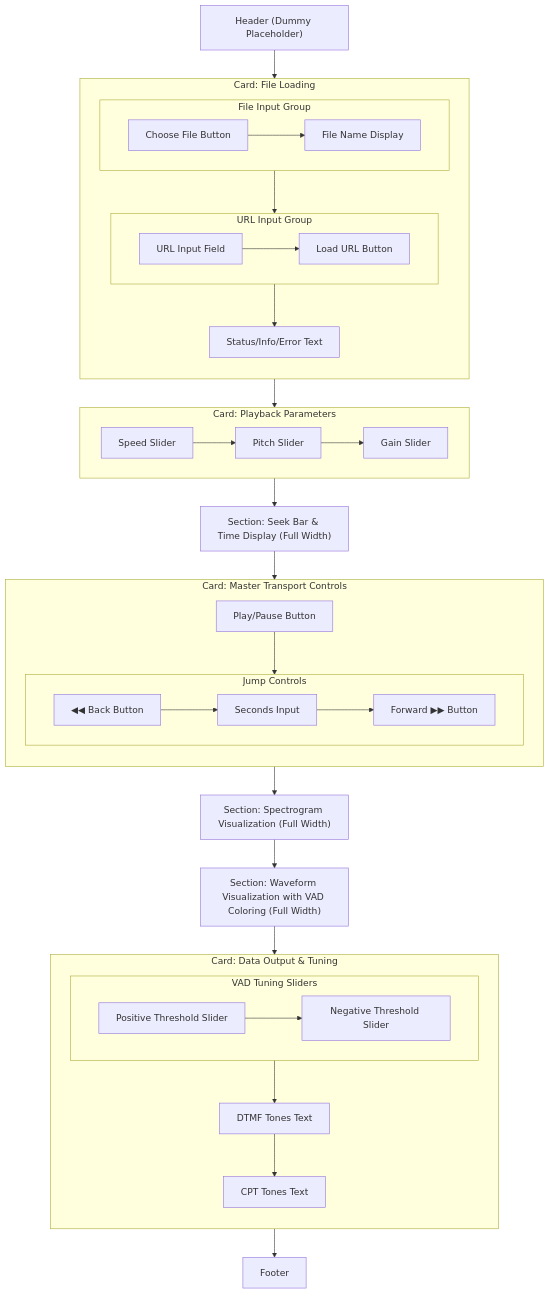
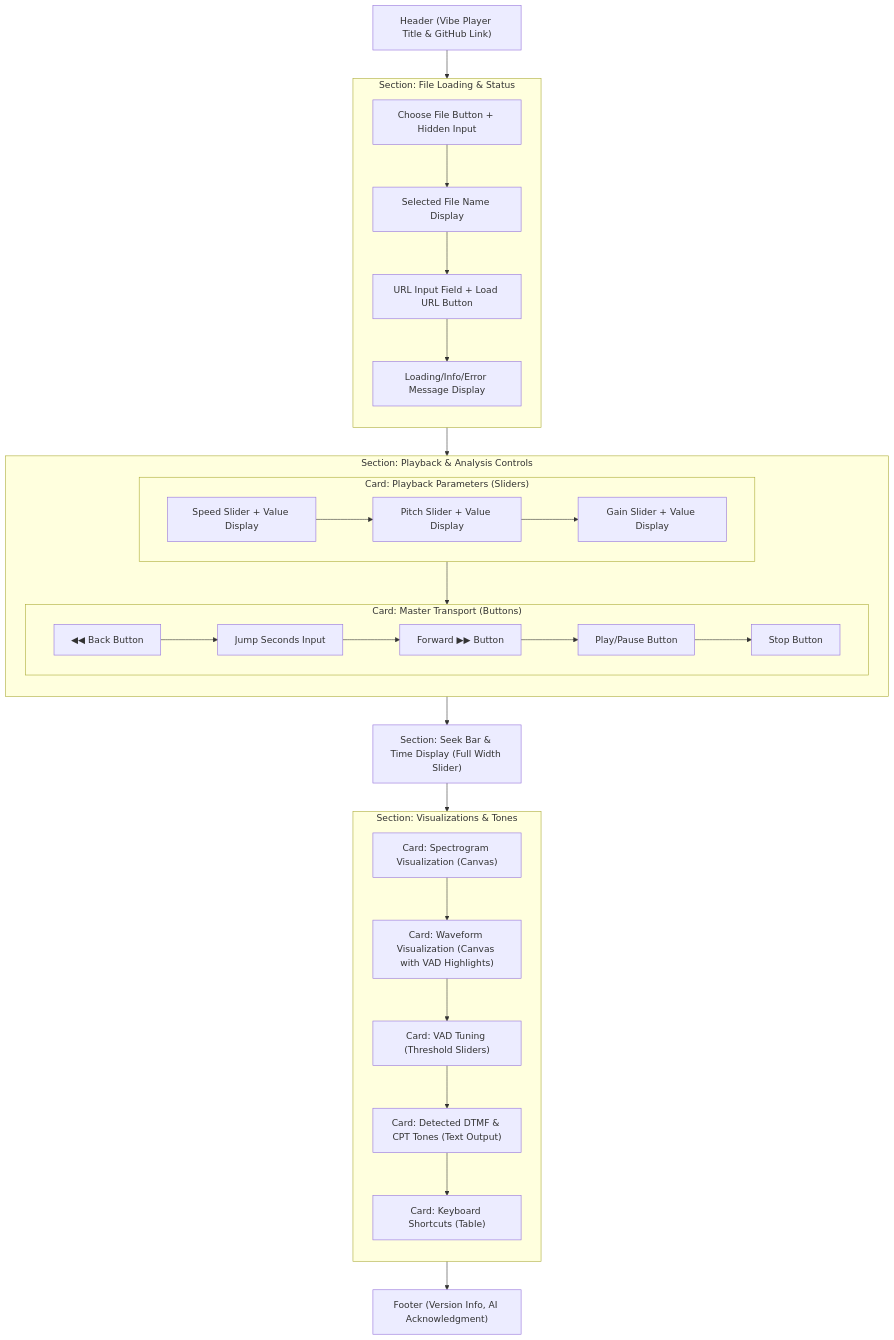
Before and after one commit to averykhoo/vibe-player-v3: the diagram in REFACTOR_PLAN.md, drawn with Mermaid. The commit also changed other lines of this file, not shown here.

````diff
--- a/REFACTOR_PLAN.md
+++ b/REFACTOR_PLAN.md
@@ -900,70 +443,59 @@
 ```mermaid
 graph TD
     %% Define all nodes and subgraphs first
 
-    H["Header (Dummy Placeholder)"]
+    H["Header (Vibe Player Title & GitHub Link)"]
 
-    subgraph FL ["Card: File Loading"]
+    subgraph FL ["Section: File Loading & Status"]
         direction TB
-        subgraph FL_L1 [File Input Group]
-            direction LR
-            FL_B1["Choose File Button"] --> FL_S1["File Name Display"]
-        end
-        subgraph FL_L2 [URL Input Group]
-            direction LR
-            FL_I1["URL Input Field"] --> FL_B2["Load URL Button"]
-        end
-        FL_P1["Status/Info/Error Text"]
-        
-        FL_L1 --> FL_L2 --> FL_P1
+        FL_L1["Choose File Button + Hidden Input"]
+        FL_S1["Selected File Name Display"]
+        FL_L2["URL Input Field + Load URL Button"]
+        FL_P1["Loading/Info/Error Message Display"]
+
+        FL_L1 --> FL_S1 --> FL_L2 --> FL_P1
     end
 
-    subgraph PP [Card: Playback Parameters]
-        direction LR
-        PP1["Speed Slider"]
-        PP2["Pitch Slider"]
-        PP3["Gain Slider"]
-
-        PP1 --> PP2 --> PP3
-    end
-    
-    SB["Section: Seek Bar & Time Display (Full Width)"]
-
-    subgraph MC ["Card: Master Transport Controls"]
+    subgraph CTRLS ["Section: Playback & Analysis Controls"]
         direction TB
-        MC_B1["Play/Pause Button"]
-        subgraph JC [Jump Controls]
+        subgraph PB_P ["Card: Playback Parameters (Sliders)"]
             direction LR
-            JC_B1["◀◀ Back Button"] --> JC_I1["Seconds Input"] --> JC_B2["Forward ▶▶ Button"]
+            PB_P1["Speed Slider + Value Display"]
+            PB_P2["Pitch Slider + Value Display"]
+            PB_P3["Gain Slider + Value Display"]
+            PB_P1 --> PB_P2 --> PB_P3
         end
-        MC_B1 --> JC
+        subgraph MASTER_T ["Card: Master Transport (Buttons)"]
+            direction LR
+            MASTER_T1["◀◀ Back Button"]
+            MASTER_T2["Jump Seconds Input"]
+            MASTER_T3["Forward ▶▶ Button"]
+            MASTER_T4["Play/Pause Button"]
+            MASTER_T5["Stop Button"]
+            MASTER_T1 --> MASTER_T2 --> MASTER_T3 --> MASTER_T4 --> MASTER_T5
+        end
+        PB_P --> MASTER_T
     end
 
-    SG["Section: Spectrogram Visualization (Full Width)"]
-    WV["Section: Waveform Visualization with VAD Coloring (Full Width)"]
-    
-    subgraph DO ["Card: Data Output & Tuning"]
+    SB["Section: Seek Bar & Time Display (Full Width Slider)"]
+
+    subgraph VIZ ["Section: Visualizations & Tones"]
         direction TB
-        subgraph VT [VAD Tuning Sliders]
-            direction LR
-            VT_S1["Positive Threshold Slider"] --> VT_S2["Negative Threshold Slider"]
-        end
-        
-        DO_P2["DTMF Tones Text"]
-        DO_P3["CPT Tones Text"]
+        SPG["Card: Spectrogram Visualization (Canvas)"]
+        WVF["Card: Waveform Visualization (Canvas with VAD Highlights)"]
+        VAD_TUNE["Card: VAD Tuning (Threshold Sliders)"]
+        TONES["Card: Detected DTMF & CPT Tones (Text Output)"]
+        KB["Card: Keyboard Shortcuts (Table)"]
 
-        VT --> DO_P2 --> DO_P3
+        SPG --> WVF --> VAD_TUNE --> TONES --> KB
     end
 
-    F["Footer"]
+    F["Footer (Version Info, AI Acknowledgment)"]
 
     %% Now, define the connections to create the main application flow
     H --> FL
-    FL --> PP
-    PP --> SB
-    SB --> MC
-    MC --> SG
-    SG --> WV
-    WV --> DO
-    DO --> F
+    FL --> CTRLS
+    CTRLS --> SB
+    SB --> VIZ
+    VIZ --> F
 ```
````
